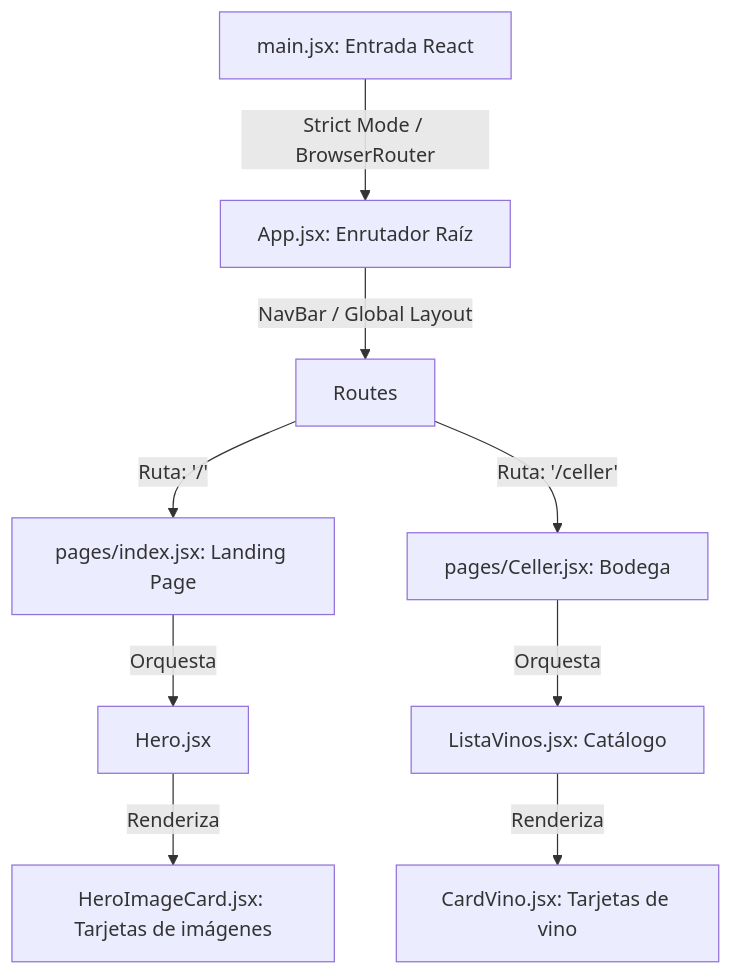
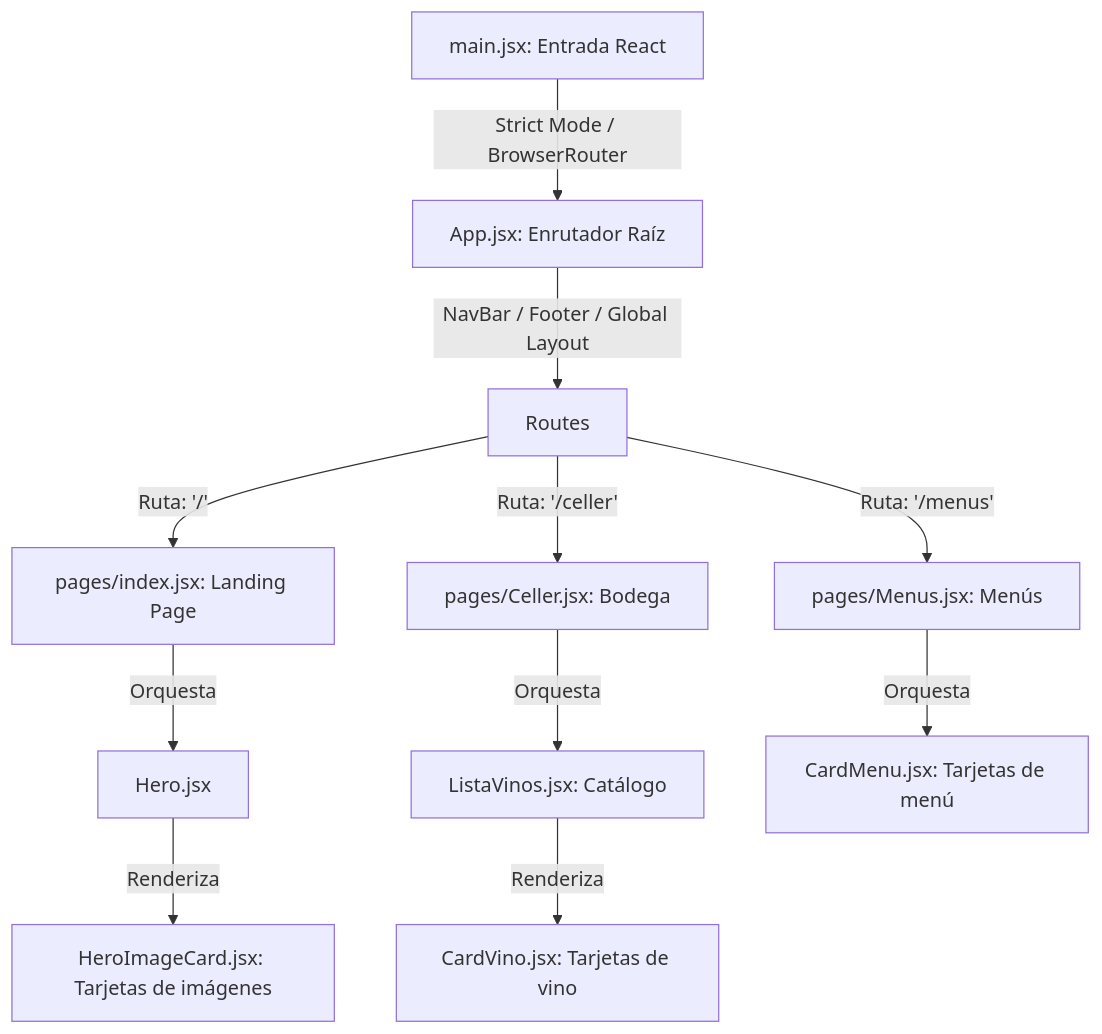
The diagram in docs/frontend-architecture.md (ABPMonlau/test_repository), drawn with Mermaid before and after one commit. The commit also changed other lines of this file and 1 other file, not shown here.

````diff
--- a/docs/frontend-architecture.md
+++ b/docs/frontend-architecture.md
@@ -44,11 +47,13 @@
 ```mermaid
 graph TD
     A[main.jsx: Entrada React] -->|Strict Mode / BrowserRouter| B[App.jsx: Enrutador Raíz]
-    B -->|NavBar / Global Layout| C[Routes]
+    B -->|NavBar / Footer / Global Layout| C[Routes]
     C -->|Ruta: '/'| D[pages/index.jsx: Landing Page]
     C -->|Ruta: '/celler'| G[pages/Celler.jsx: Bodega]
+    C -->|Ruta: '/menus'| J[pages/Menus.jsx: Menús]
     D -->|Orquesta| E[Hero.jsx]
     E -->|Renderiza| F[HeroImageCard.jsx: Tarjetas de imágenes]
     G -->|Orquesta| H[ListaVinos.jsx: Catálogo]
     H -->|Renderiza| I[CardVino.jsx: Tarjetas de vino]
+    J -->|Orquesta| K[CardMenu.jsx: Tarjetas de menú]
 ```
````
